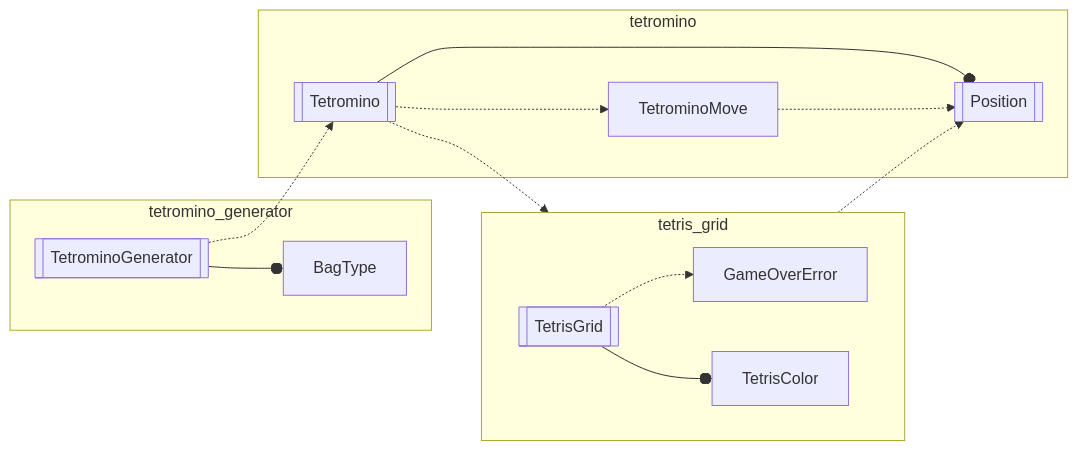
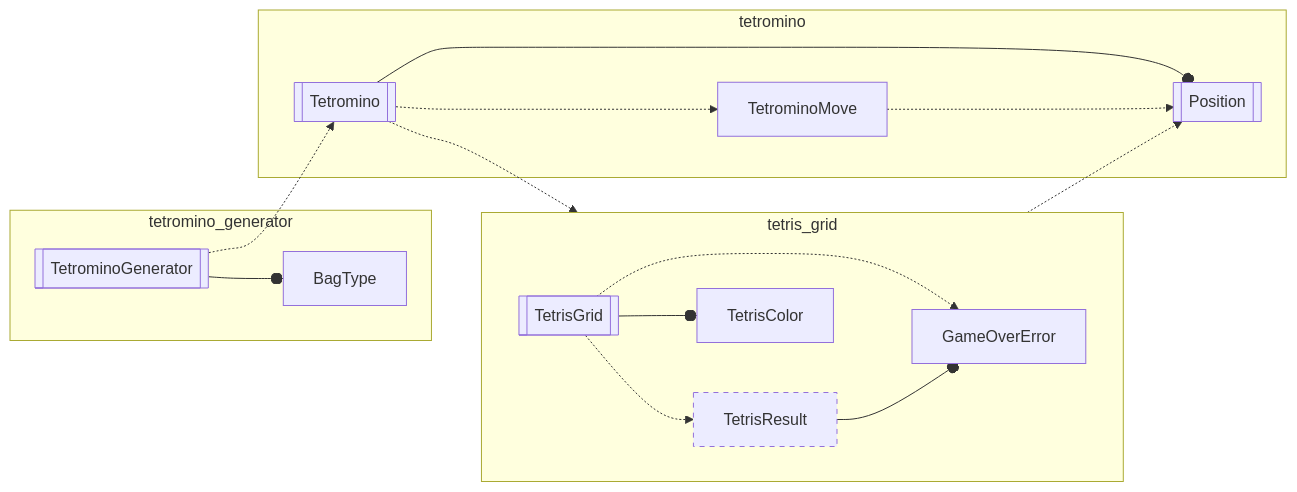
The diagram in tetris_core/src/tetris_core.mmd (inesvar/tetris), drawn with Mermaid before and after one commit. The commit also changed 6 other files, not shown here.

Commit message:
Create type alias TetrisResult

```diff
--- a/tetris_core/src/tetris_core.mmd
+++ b/tetris_core/src/tetris_core.mmd
@@ -1,31 +1,36 @@
 graph LR
     %% objects
     TetrominoMove[TetrominoMove]
     TetrisGrid[[TetrisGrid]]
     GameOverError[GameOverError]
+    TetrisResult[TetrisResult]
     Tetromino[[Tetromino]]
     Position[[Position]]
     TetrisColor[TetrisColor]
     TetrominoGenerator[[TetrominoGenerator]]
     BagType[BagType]
 
     subgraph tetromino_generator
         TetrominoGenerator --o BagType
     end
     TetrominoGenerator
     TetrominoGenerator -.-> Tetromino
 
     subgraph tetromino
         Tetromino --o Position
         TetrominoMove -.-> Position
         Tetromino -.-> TetrominoMove
     end
 
     subgraph tetris_grid
         direction LR
         TetrisGrid -.-> GameOverError
+        TetrisGrid -.-> TetrisResult
+        TetrisResult --o GameOverError
         TetrisGrid --o TetrisColor
     end
 
     Tetromino -.-> tetris_grid
     TetrisGrid -.-> Position
+
+    style TetrisResult stroke-dasharray: 5 5;
```
